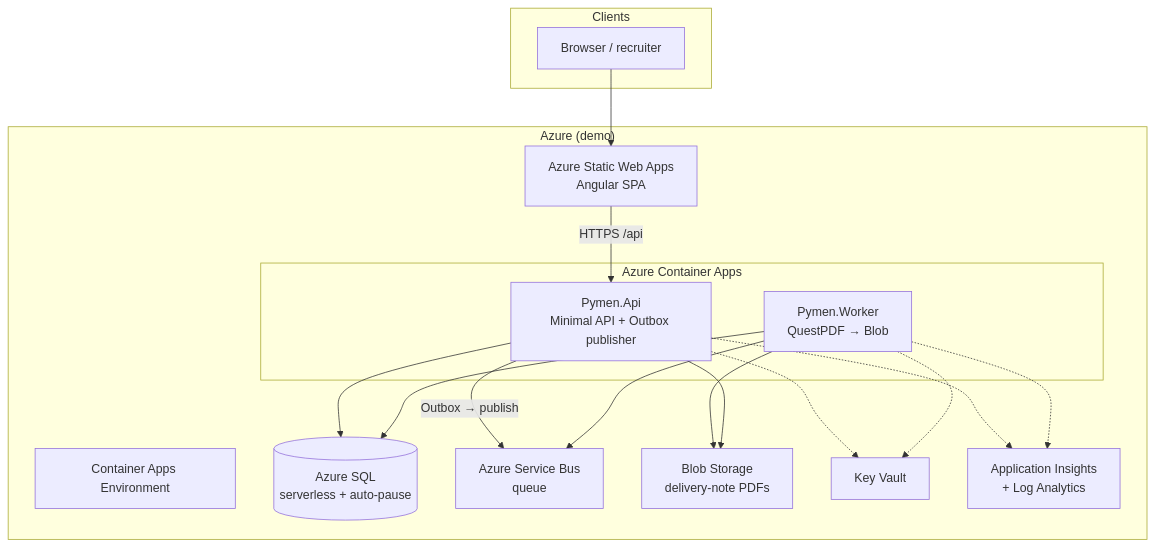
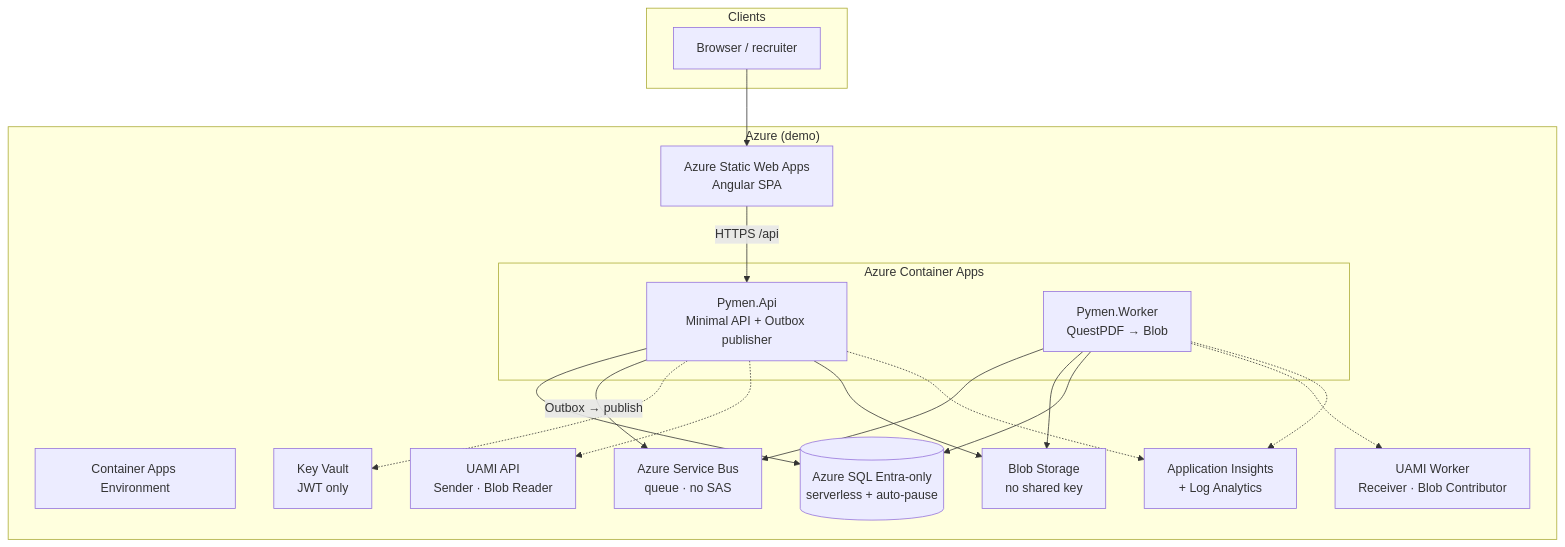
Before and after one commit to rambmario/pymen-modernization: the first of 2 diagrams in docs/architecture-cloud.md, drawn with Mermaid. The commit also changed other lines of this file and 25 other files, not shown here.

First line of the commit message:
fix(infra): Entra-only SQL and Managed Identity without connection secrets

````diff
--- a/docs/architecture-cloud.md
+++ b/docs/architecture-cloud.md
@@ -7,35 +7,38 @@
 ```mermaid
 flowchart TB
   subgraph Clients
     Browser["Browser / recruiter"]
   end
 
   subgraph Azure["Azure (demo)"]
     SWA["Azure Static Web Apps<br/>Angular SPA"]
     ACA_Env["Container Apps Environment"]
 
     subgraph ACA["Azure Container Apps"]
       API["Pymen.Api<br/>Minimal API + Outbox publisher"]
       Worker["Pymen.Worker<br/>QuestPDF → Blob"]
     end
 
-    SQL[("Azure SQL<br/>serverless + auto-pause")]
-    SB["Azure Service Bus<br/>queue"]
-    Blob["Blob Storage<br/>delivery-note PDFs"]
-    KV["Key Vault"]
+    SQL[("Azure SQL Entra-only<br/>serverless + auto-pause")]
+    SB["Azure Service Bus<br/>queue · no SAS"]
+    Blob["Blob Storage<br/>no shared key"]
+    KV["Key Vault<br/>JWT only"]
     AI["Application Insights<br/>+ Log Analytics"]
+    MIapi["UAMI API<br/>Sender · Blob Reader"]
+    MIworker["UAMI Worker<br/>Receiver · Blob Contributor"]
   end
 
   Browser --> SWA
   SWA -->|"HTTPS /api"| API
   API --> SQL
   API -->|"Outbox → publish"| SB
   API -.-> KV
+  API -.-> MIapi
   Worker --> SB
   Worker --> Blob
   Worker --> SQL
-  Worker -.-> KV
+  Worker -.-> MIworker
   API --> Blob
   API -.-> AI
   Worker -.-> AI
 ```
````
